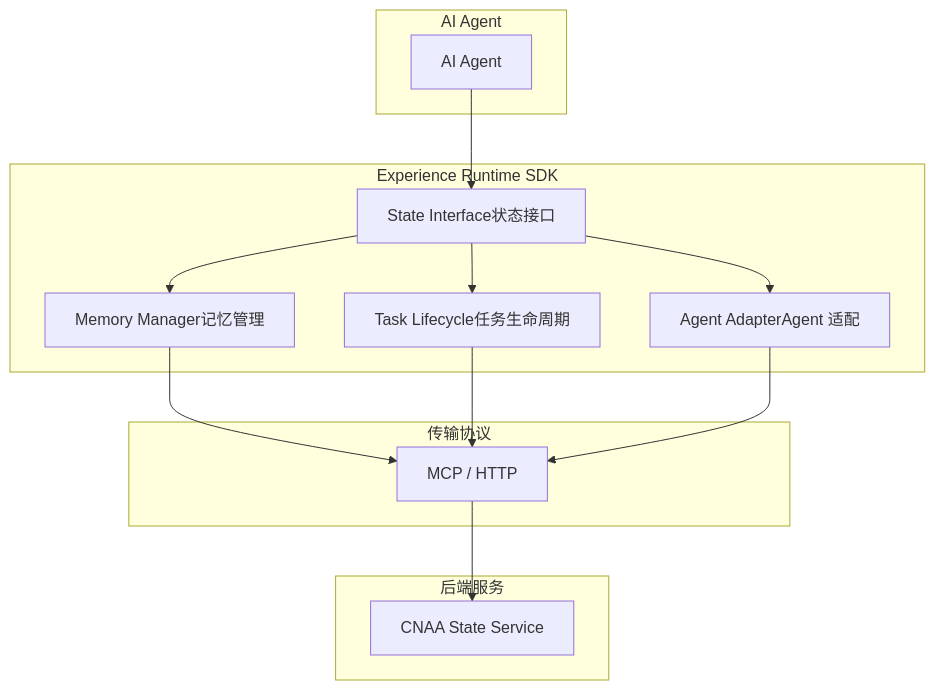
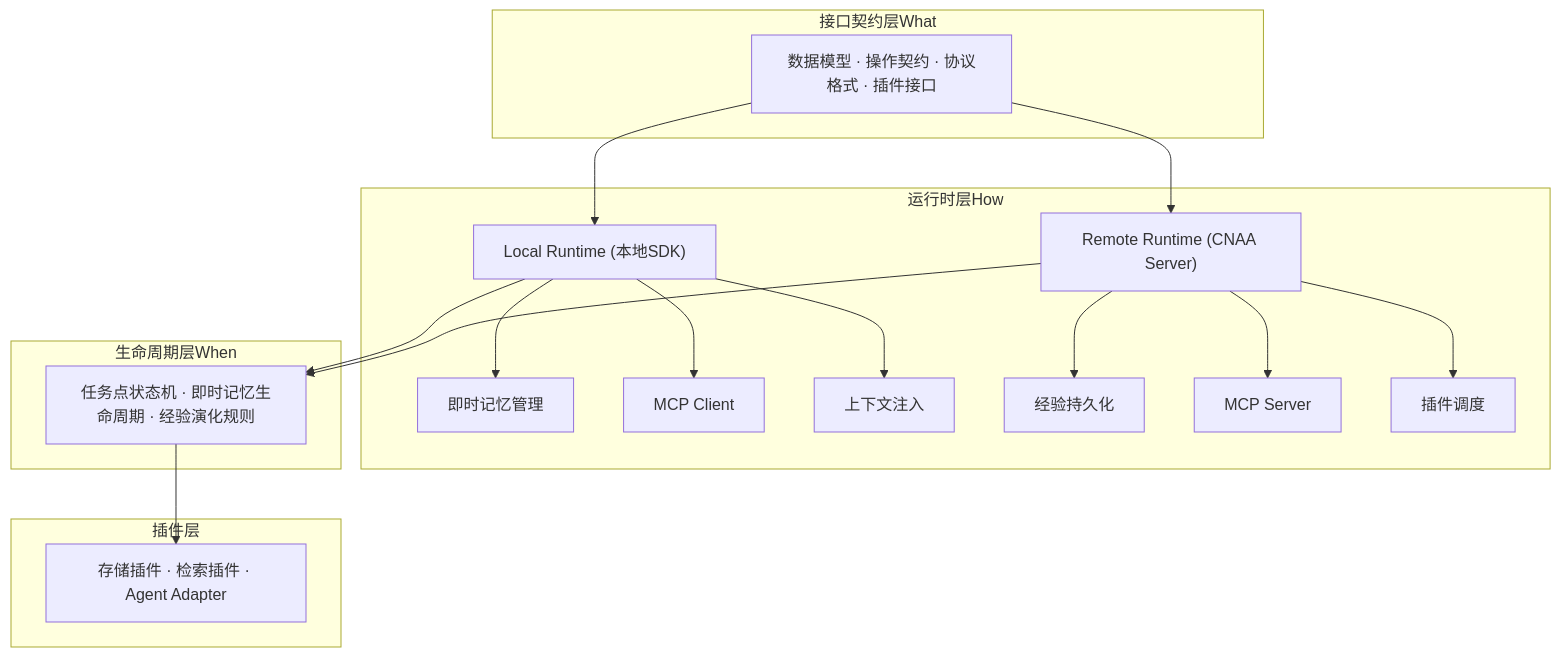
One commit to lgx236/CNAA-Cloud-Native-Agent-Architecture- changed the second of 5 diagrams in .qoder/repowiki/zh/content/核心概念/核心概念.md. Above: the diagram before and after it, drawn with Mermaid. The commit also changed other lines of this file and 99 other files, not shown here.

````diff
--- a/.qoder/repowiki/zh/content/核心概念/核心概念.md
+++ b/.qoder/repowiki/zh/content/核心概念/核心概念.md
@@ -70,26 +116,27 @@
 ```mermaid
 graph TB
-subgraph "AI Agent"
-AG["AI Agent"]
+subgraph "接口契约层What"
+IC["数据模型 · 操作契约 · 协议格式 · 插件接口"]
 end
-subgraph "Experience Runtime SDK"
-SI["State Interface状态接口"]
-MM["Memory Manager记忆管理"]
-TL["Task Lifecycle任务生命周期"]
-AA["Agent AdapterAgent 适配"]
+subgraph "运行时层How"
+LR["Local Runtime (本地SDK)"]
+RR["Remote Runtime (CNAA Server)"]
+LR --> LR1["即时记忆管理"]
+LR --> LR2["MCP Client"]
+LR --> LR3["上下文注入"]
+RR --> RR1["经验持久化"]
+RR --> RR2["MCP Server"]
+RR --> RR3["插件调度"]
 end
-subgraph "传输协议"
-PROTO["MCP / HTTP"]
+subgraph "生命周期层When"
+LC["任务点状态机 · 即时记忆生命周期 · 经验演化规则"]
 end
-subgraph "后端服务"
-SS["CNAA State Service"]
+subgraph "插件层"
+PL["存储插件 · 检索插件 · Agent Adapter"]
 end
-AG --> SI
-SI --> MM
-SI --> TL
-SI --> AA
-MM --> PROTO
-TL --> PROTO
-AA --> PROTO
-PROTO --> SS
+IC --> LR
+IC --> RR
+LR --> LC
+RR --> LC
+LC --> PL
 ```
````
